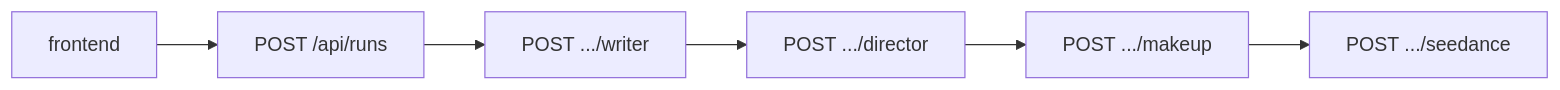
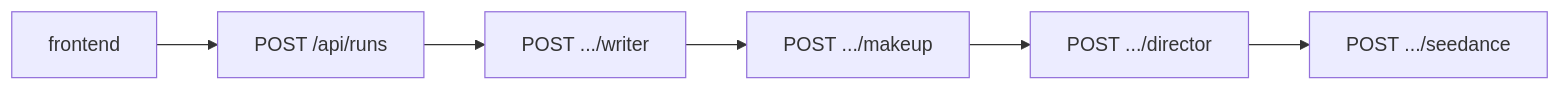
Before and after one commit to Harvey-Yuan/seedance_video_demo: the diagram in API.md, drawn with Mermaid. The commit also changed other lines of this file and 19 other files, not shown here.

````diff
--- a/API.md
+++ b/API.md
@@ -11,10 +11,10 @@
 ```mermaid
 flowchart LR
   fe[frontend]
   r[POST /api/runs]
   w[POST .../writer]
+  m[POST .../makeup]
   d[POST .../director]
-  m[POST .../makeup]
   s[POST .../seedance]
-  fe --> r --> w --> d --> m --> s
+  fe --> r --> w --> m --> d --> s
 ```
````
